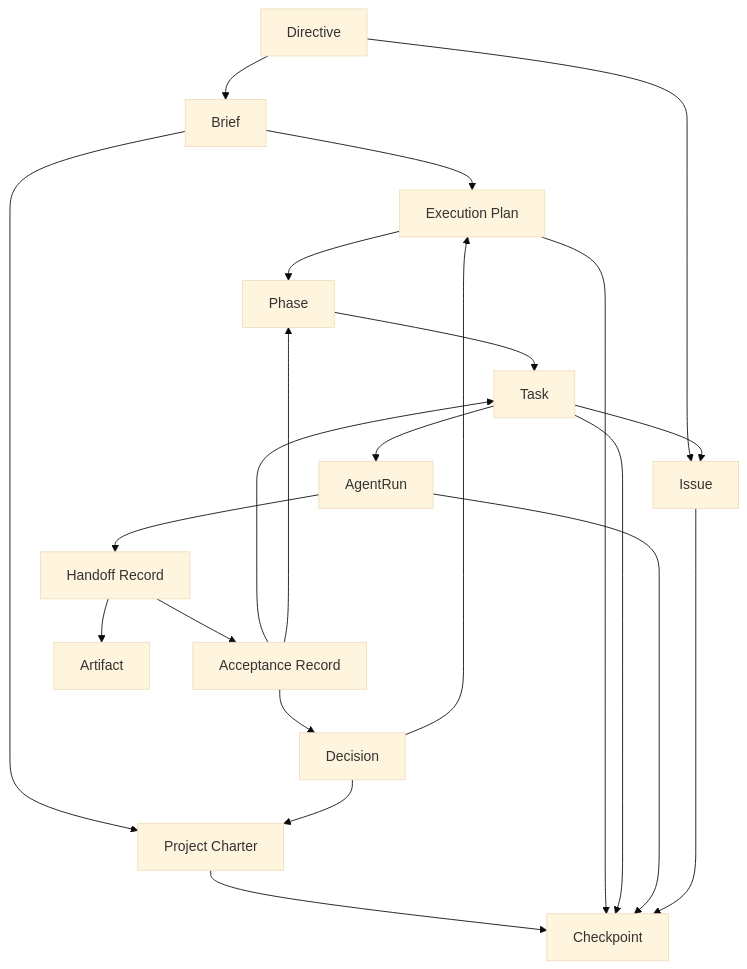
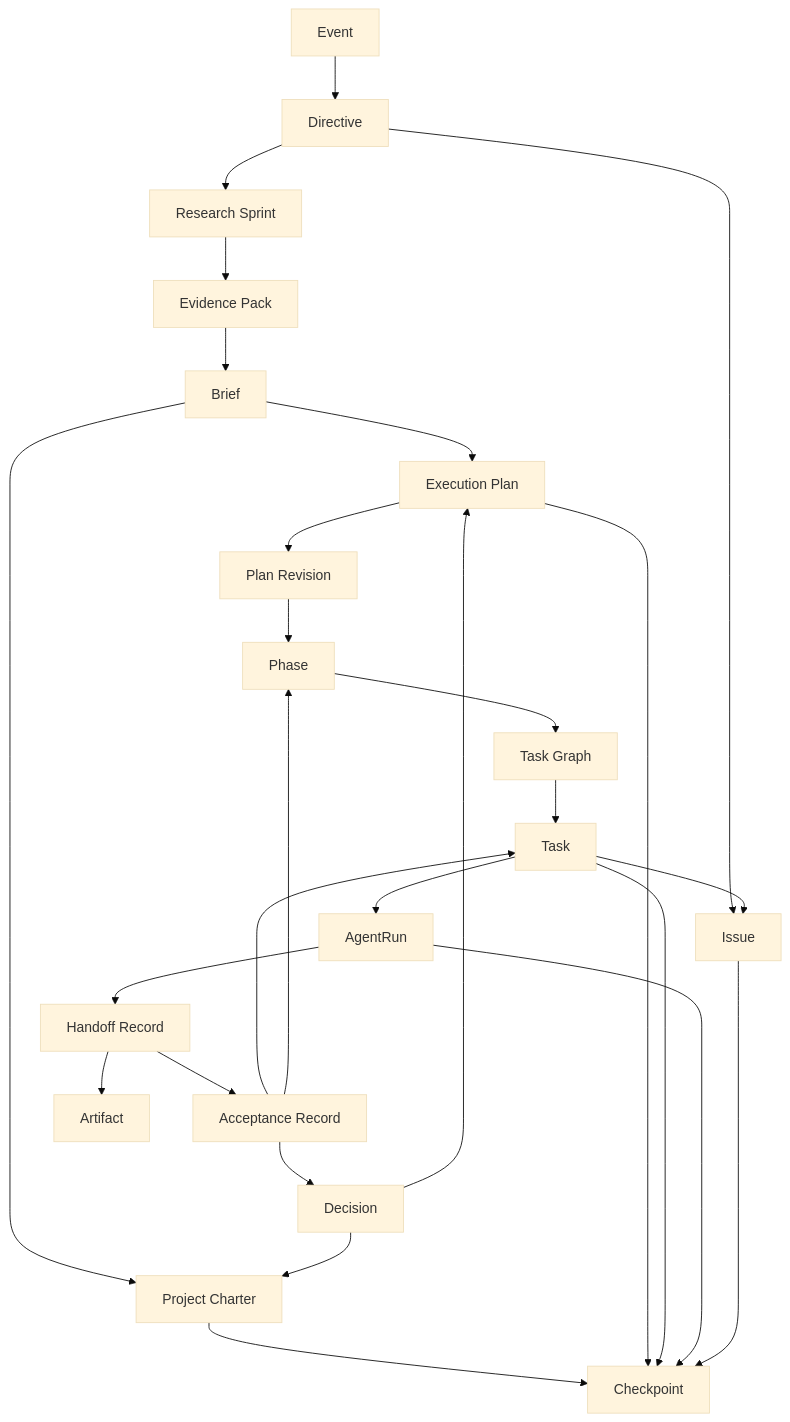
Before and after one commit to leeson1/Hive-Design: the diagram in docs/03-state-model/01-核心对象模型.md, drawn with Mermaid (base theme). The commit also changed other lines of this file and 40 other files, not shown here.

````diff
--- a/docs/03-state-model/01-核心对象模型.md
+++ b/docs/03-state-model/01-核心对象模型.md
@@ -47,28 +57,33 @@
 ```mermaid
 flowchart TD
-    D["Directive"] --> B["Brief"]
+    EV["Event"] --> D["Directive"]
+    D --> RS["Research Sprint"]
+    RS --> EPK["Evidence Pack"]
+    EPK --> B["Brief"]
     B --> C["Project Charter"]
     B --> E["Execution Plan"]
-    E --> P["Phase"]
-    P --> T["Task"]
+    E --> PR["Plan Revision"]
+    PR --> P["Phase"]
+    P --> TG["Task Graph"]
+    TG --> T["Task"]
 
     T --> R["AgentRun"]
     R --> H["Handoff Record"]
     H --> A["Acceptance Record"]
     H --> F["Artifact"]
 
     A --> T
     A --> P
 
     D --> I["Issue"]
     T --> I
     A --> X["Decision"]
     X --> C
     X --> E
 
     C --> K["Checkpoint"]
     E --> K
     T --> K
     R --> K
     I --> K
 ```
````
